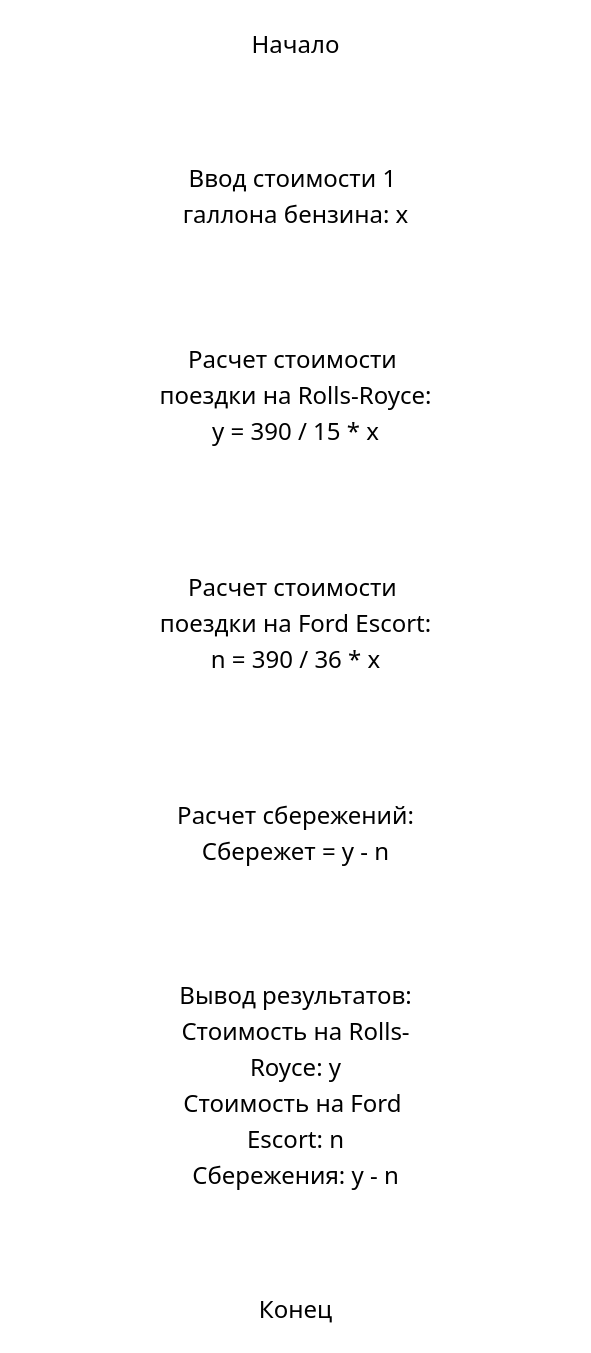
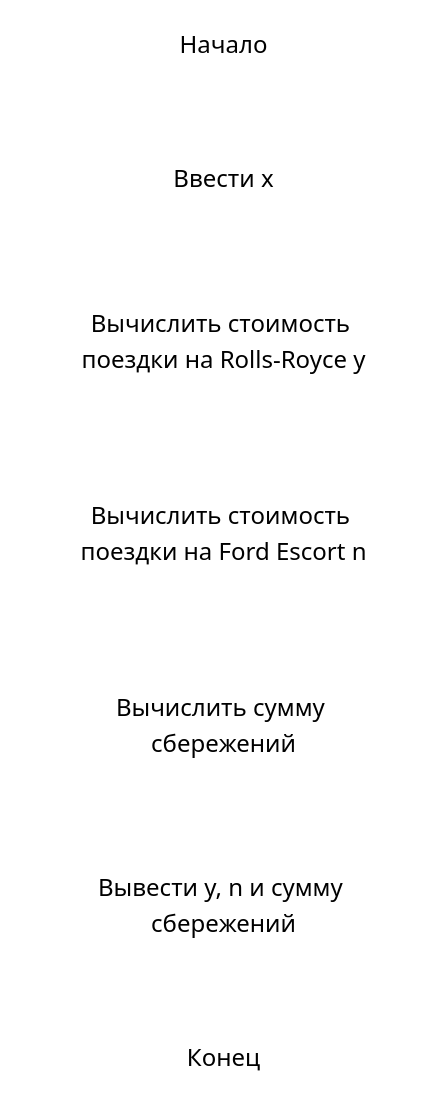
One commit to Annarioos/Lab2 changed the diagram in README.md. Above: the diagram before and after it, drawn with Mermaid. The commit also changed other lines of this file, not shown here.

````diff
--- a/README.md
+++ b/README.md
@@ -7,22 +7,22 @@
 ```mermaid
 graph TD
-    %% Шаги алгоритма
-    Start([Начало]) --> Input[/Ввод стоимости 1 галлона бензина: x/]
-    Input --> CalcRR[Расчет стоимости поездки на Rolls-Royce:<br>y = 390 / 15 * x]
-    CalcRR --> CalcFE[Расчет стоимости поездки на Ford Escort:<br>n = 390 / 36 * x]
-    CalcFE --> CalcDiff[Расчет сбережений:<br>Сбережет = y - n]
-    CalcDiff --> Output[/Вывод результатов:<br>Стоимость на Rolls-Royce: y<br>Стоимость на Ford Escort: n<br>Сбережения: y - n/]
+    %% Шаги алгоритма в виде чистых текстовых действий
+    Start([Начало]) --> Input[/Ввести x/]
+    Input --> CalcRR[Вычислить стоимость поездки на Rolls-Royce y]
+    CalcRR --> CalcFE[Вычислить стоимость поездки на Ford Escort n]
+    CalcFE --> CalcDiff[Вычислить сумму сбережений]
+    CalcDiff --> Output[/Вывести y, n и сумму сбережений/]
     Output --> End([Конец])
 
     %% Стилизация под темную тему GitHub (светлые блоки с черным текстом)
     style Start fill:#ffffff,stroke:#ffffff,stroke-width:2px,color:#000000
     style Input fill:#ffffff,stroke:#ffffff,stroke-width:2px,color:#000000
     style CalcRR fill:#ffffff,stroke:#ffffff,stroke-width:2px,color:#000000
     style CalcFE fill:#ffffff,stroke:#ffffff,stroke-width:2px,color:#000000
     style CalcDiff fill:#ffffff,stroke:#ffffff,stroke-width:2px,color:#000000
     style Output fill:#ffffff,stroke:#ffffff,stroke-width:2px,color:#000000
     style End fill:#ffffff,stroke:#ffffff,stroke-width:2px,color:#000000
 
     %% Настройка соединительных линий
     linkStyle default stroke:#ffffff,stroke-width:2px;
 ```
````
